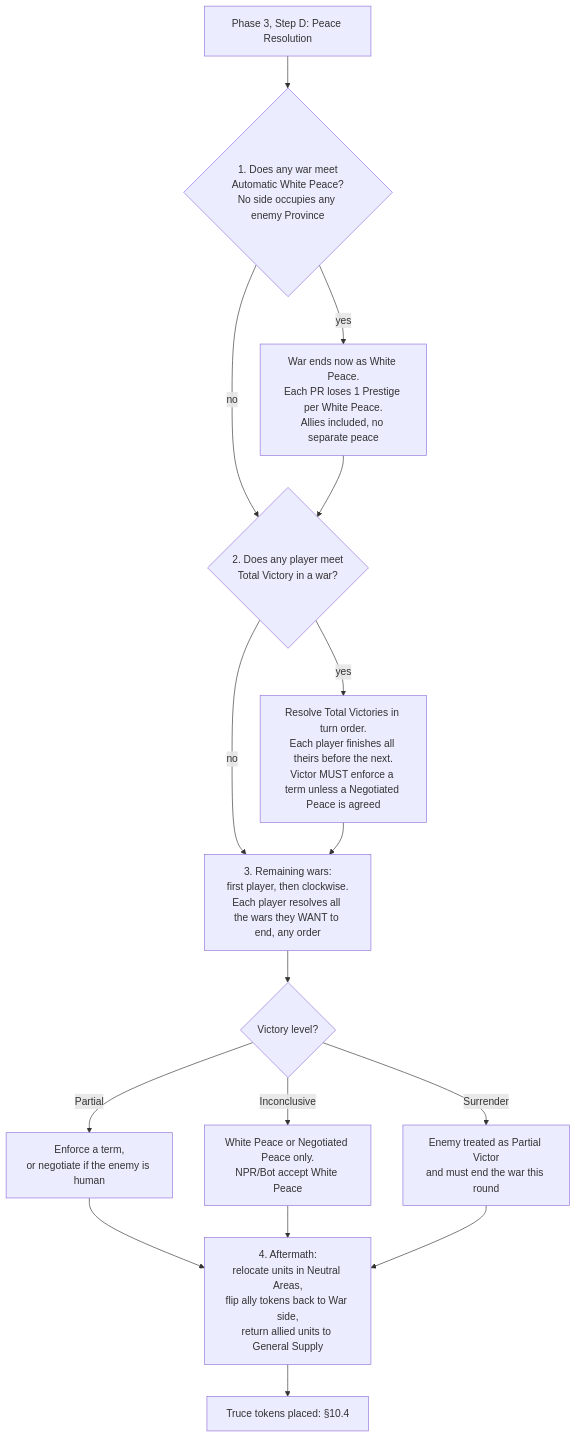
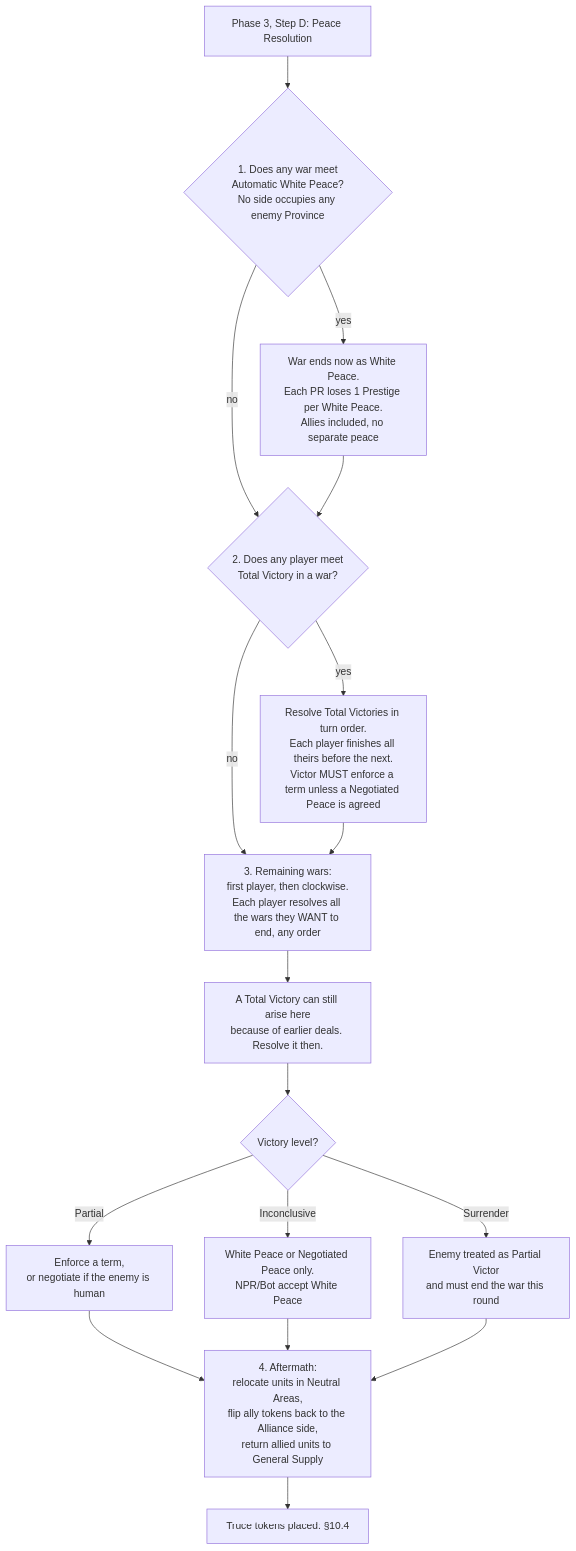
One commit to hvddrift/eupop-community-rules changed the diagram in docs/peace-resolution/00-overview.md. Above: the diagram before and after it, drawn with Mermaid. The commit also changed other lines of this file and 23 other files, not shown here.

````diff
--- a/docs/peace-resolution/00-overview.md
+++ b/docs/peace-resolution/00-overview.md
@@ -11,19 +11,20 @@
 ```mermaid
 flowchart TD
     A[Phase 3, Step D: Peace Resolution] --> B{1. Does any war meet<br/>Automatic White Peace?<br/>No side occupies any enemy Province}
     B -- yes --> B1[War ends now as White Peace.<br/>Each PR loses 1 Prestige per White Peace.<br/>Allies included, no separate peace]
     B -- no --> C
     B1 --> C{2. Does any player meet<br/>Total Victory in a war?}
     C -- yes --> C1[Resolve Total Victories in turn order.<br/>Each player finishes all theirs before the next.<br/>Victor MUST enforce a term unless a Negotiated Peace is agreed]
     C -- no --> D
     C1 --> D[3. Remaining wars:<br/>first player, then clockwise.<br/>Each player resolves all the wars they WANT to end, any order]
-    D --> D1{Victory level?}
+    D --> D0[A Total Victory can still arise here<br/>because of earlier deals. Resolve it then.]
+    D0 --> D1{Victory level?}
     D1 -- Partial --> D2[Enforce a term,<br/>or negotiate if the enemy is human]
     D1 -- Inconclusive --> D3[White Peace or Negotiated Peace only.<br/>NPR/Bot accept White Peace]
     D1 -- Surrender --> D4[Enemy treated as Partial Victor<br/>and must end the war this round]
     D2 --> E
     D3 --> E
     D4 --> E
-    E[4. Aftermath:<br/>relocate units in Neutral Areas,<br/>flip ally tokens back to War side,<br/>return allied units to General Supply]
+    E[4. Aftermath:<br/>relocate units in Neutral Areas,<br/>flip ally tokens back to the Alliance side,<br/>return allied units to General Supply]
     E --> F[Truce tokens placed: §10.4]
 ```
````
